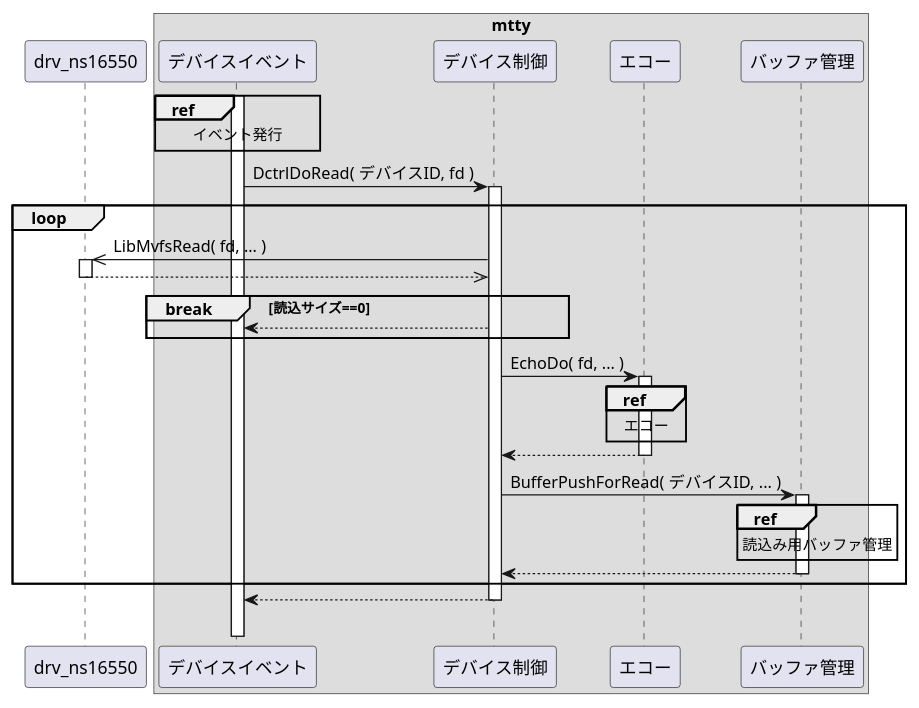
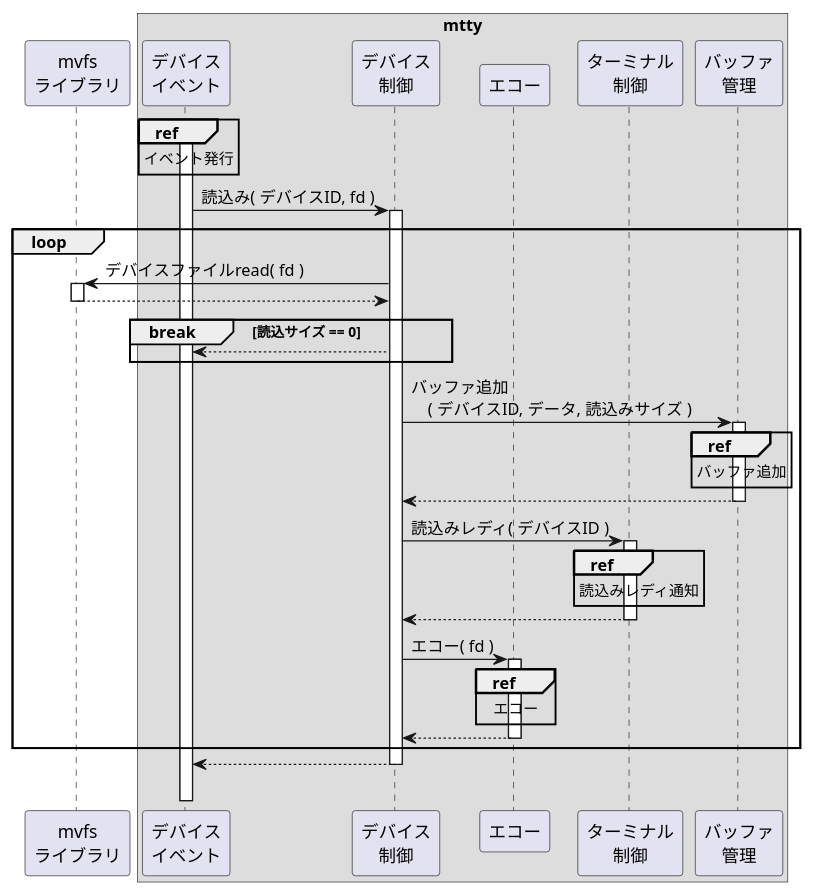
One commit to MasterMochi/mtty changed the diagram in docs/docs/internal/dctrl/read.puml. Above: the diagram before and after it, drawn with PlantUML. The commit also changed 167 other files, not shown here.

```diff
--- a/docs/docs/internal/dctrl/read.puml
+++ b/docs/docs/internal/dctrl/read.puml
@@ -1,50 +1,53 @@
 @startuml
 
-participant drv as "drv_ns16550"
-
+participant "mvfs\nライブラリ" as libmvfs
 box "mtty"
-    participant "デバイスイベント" as devt
-    participant "デバイス制御"     as dctrl
-    participant "エコー"           as echo
-    participant "バッファ管理"     as buffer
+    participant "デバイス\nイベント" as devt
+    participant "デバイス\n制御"     as dctrl
+    participant "エコー"             as echo
+    participant "ターミナル\n制御"   as tctrl
+    participant "バッファ\n管理"     as bufmng
 end box
 
 activate devt
-
 ref over devt: イベント発行
 
-devt -> dctrl: DctrlDoRead( デバイスID, fd )
+devt -> dctrl: 読込み( デバイスID, fd )
 activate dctrl
 
 loop
-    drv <<- dctrl: LibMvfsRead( fd, ... )
-    activate drv
-    drv -->> dctrl:
-    deactivate drv
+    libmvfs <- dctrl: デバイスファイルread( fd )
+    activate libmvfs
+    libmvfs --> dctrl:
+    deactivate libmvfs
 
-    break 読込サイズ==0
+    break 読込サイズ == 0
         devt <-- dctrl:
     end
 
-    dctrl -> echo: EchoDo( fd, ... )
+    dctrl -> bufmng: バッファ追加\n    ( デバイスID, データ, 読込みサイズ )
+    activate bufmng
+    ref over bufmng
+        バッファ追加
+    end ref
+    dctrl <-- bufmng:
+    deactivate bufmng
+
+    dctrl -> tctrl: 読込みレディ( デバイスID )
+    activate tctrl
+    ref over tctrl: 読込みレディ通知
+    dctrl <-- tctrl:
+    deactivate tctrl
+
+    dctrl -> echo: エコー( fd )
     activate echo
     ref over echo: エコー
     dctrl <-- echo:
     deactivate echo
-
-    dctrl -> buffer: BufferPushForRead( デバイスID, ... )
-    activate buffer
-
-    ref over buffer
-        読込み用バッファ管理
-    end ref
-
-    dctrl <-- buffer:
-    deactivate buffer
 end
 
 devt <-- dctrl:
 deactivate dctrl
 ||20||
 
 @enduml
```
